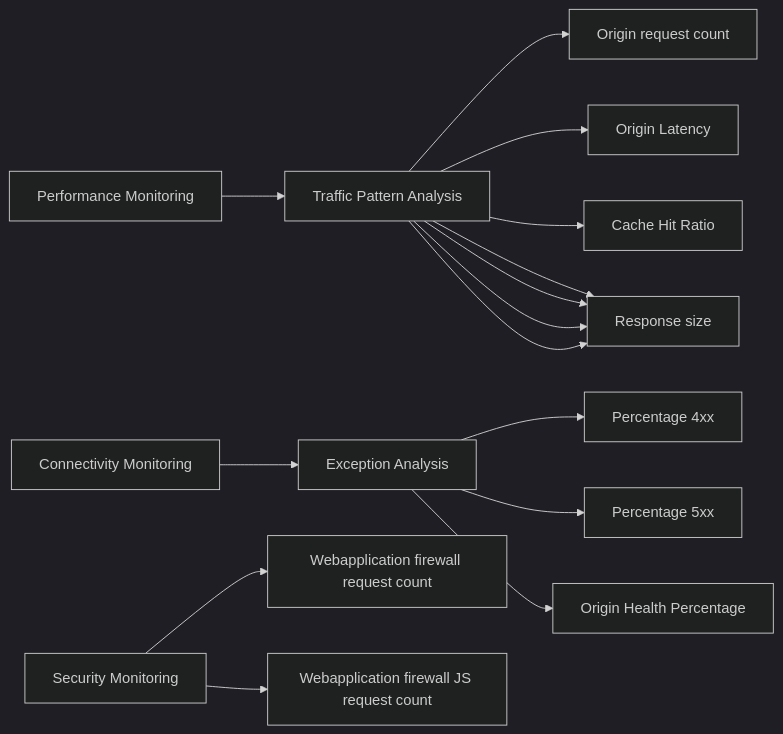
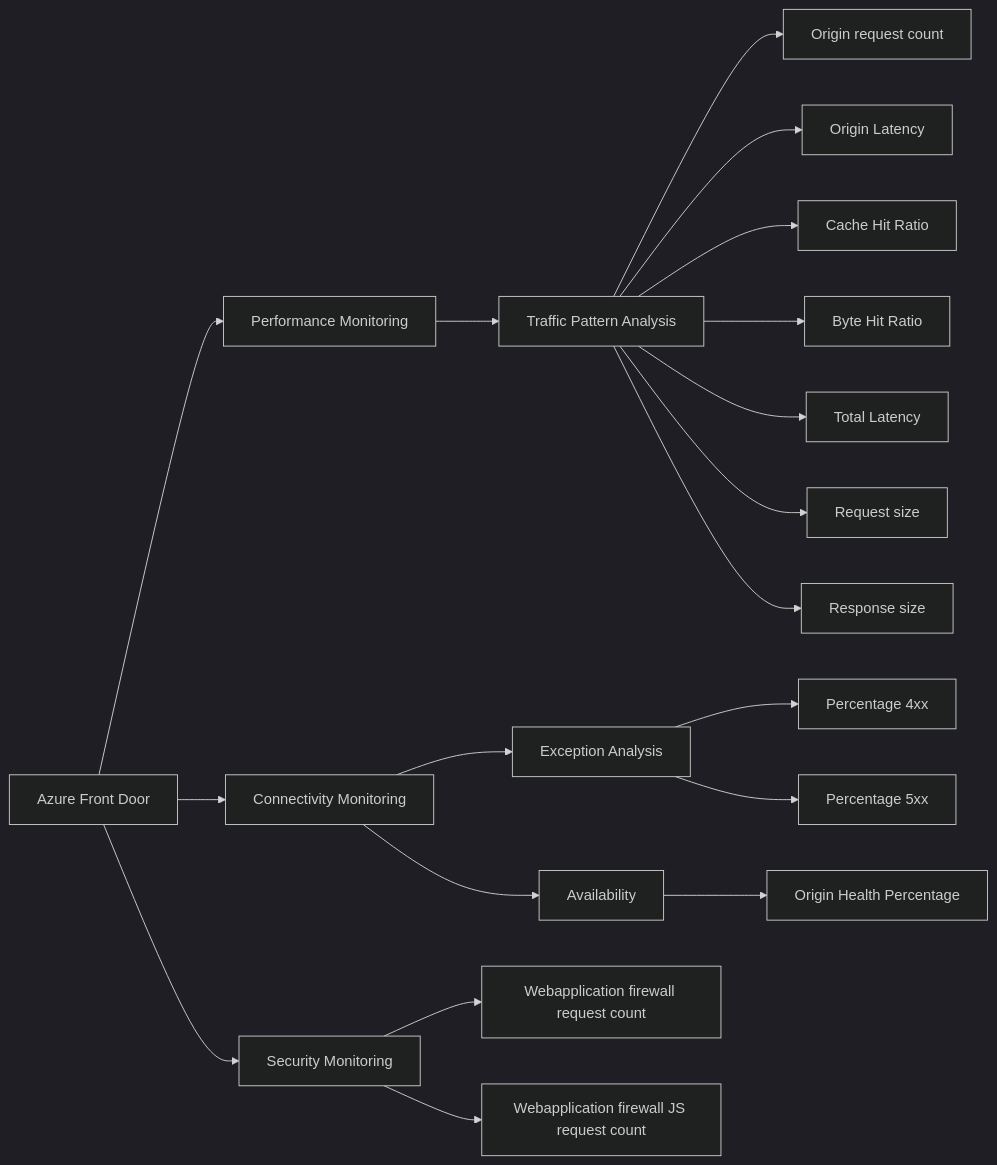
The diagram in services/Network/frontdoors/_index.md (Azure/azure-monitor-baseline-alerts), drawn with Mermaid (dark theme) before and after one commit. The commit also changed other lines of this file, not shown here.

Commit message:
Azure front door monitoring pattern update

````diff
--- a/services/Network/frontdoors/_index.md
+++ b/services/Network/frontdoors/_index.md
@@ -31,21 +31,25 @@
 ```mermaid
 flowchart LR
-    A[Performance Monitoring]-->A1[Traffic Pattern Analysis]
+    AFD[Azure Front Door]-->A[Performance Monitoring]
+    A-->A1[Traffic Pattern Analysis]
     A1-->A3[Origin request count]
     A1-->A4[Origin Latency]
     A1-->A5[Cache Hit Ratio]
     A1-->A6[Byte Hit Ratio]
-    A1-->A6[Total Latency]
-    A1-->A6[Request size]
-    A1-->A6[Response size]
+    A1-->A7[Total Latency]
+    A1-->A8[Request size]
+    A1-->A9[Response size]
 
-    B[Connectivity Monitoring]-->B1[Exception Analysis]
+    AFD-->B[Connectivity Monitoring]
+    B-->B1[Exception Analysis]
     B1-->B2[Percentage 4xx]
     B1-->B3[Percentage 5xx]
-    B1-->B4[Origin Health Percentage]
+    B-->B4[Availability]
+    B4-->B5[Origin Health Percentage]
 
-    D[Security Monitoring]-->D1[Webapplication firewall request count]
+    AFD-->D[Security Monitoring]
+    D-->D1[Webapplication firewall request count]
     D-->D2[Webapplication firewall JS request count]
 
 
 ```
````
